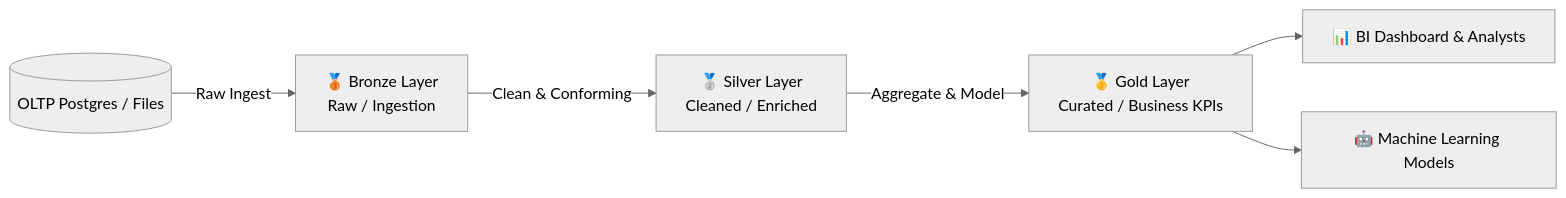
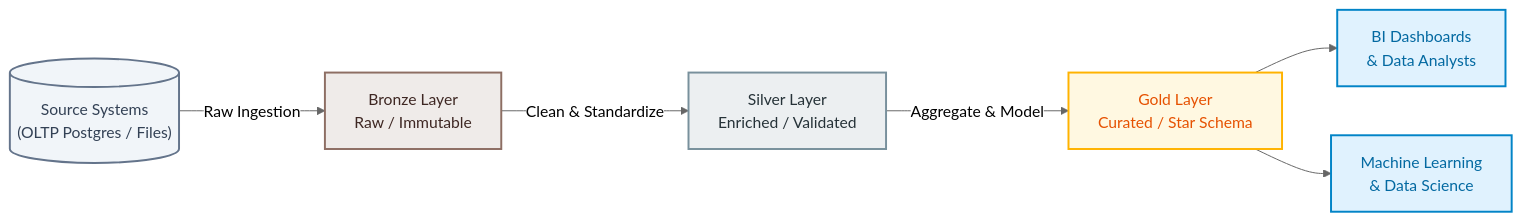
One commit to vuanhtu1993/olist-lakehouse changed the fourth of 6 diagrams in docs/week01/01-data-lakehouse.md. Above: the diagram before and after it, drawn with Mermaid (neutral theme). The commit also changed other lines of this file, not shown here.

Commit message:
docs: Refactor 01-data-lakehouse

````diff
--- a/docs/week01/01-data-lakehouse.md
+++ b/docs/week01/01-data-lakehouse.md
@@ -114,9 +146,21 @@
 ```mermaid
 flowchart LR
-    Source[(OLTP Postgres / Files)] -->|Raw Ingest| Bronze[🥉 Bronze Layer<br/>Raw / Ingestion]
-    Bronze -->|Clean & Conforming| Silver[🥈 Silver Layer<br/>Cleaned / Enriched]
-    Silver -->|Aggregate & Model| Gold[🥇 Gold Layer<br/>Curated / Business KPIs]
+    Source[("Source Systems<br/>(OLTP Postgres / Files)")] -->|"Raw Ingestion"| Bronze["Bronze Layer<br/>Raw / Immutable"]
+    Bronze -->|"Clean & Standardize"| Silver["Silver Layer<br/>Enriched / Validated"]
+    Silver -->|"Aggregate & Model"| Gold["Gold Layer<br/>Curated / Star Schema"]
 
-    Gold --> BI[📊 BI Dashboard & Analysts]
-    Gold --> ML[🤖 Machine Learning Models]
+    Gold --> BI["BI Dashboards<br/>& Data Analysts"]
+    Gold --> ML["Machine Learning<br/>& Data Science"]
+
+    classDef srcStyle fill:#f1f5f9,stroke:#64748b,stroke-width:2px,color:#334155;
+    classDef bronzeStyle fill:#efebe9,stroke:#8d6e63,stroke-width:2px,color:#3e2723;
+    classDef silverStyle fill:#eceff1,stroke:#78909c,stroke-width:2px,color:#263238;
+    classDef goldStyle fill:#fff8e1,stroke:#ffb300,stroke-width:2px,color:#e65100;
+    classDef consumerStyle fill:#e0f2fe,stroke:#0284c7,stroke-width:2px,color:#0369a1;
+
+    class Source srcStyle;
+    class Bronze bronzeStyle;
+    class Silver silverStyle;
+    class Gold goldStyle;
+    class BI,ML consumerStyle;
 ```
````
